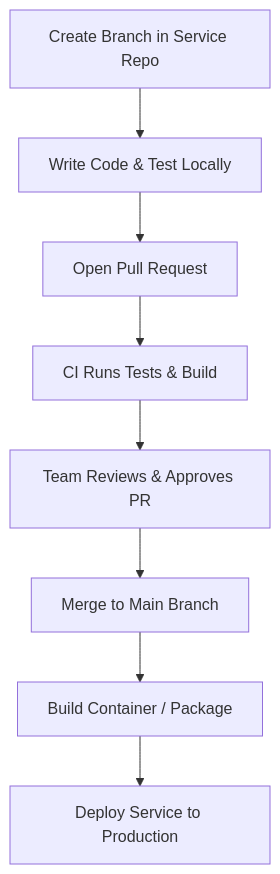
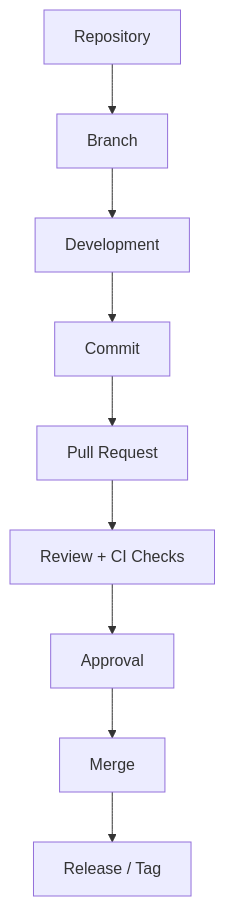
Before and after one commit to amrendra-25tech/new-code: the diagram in microrepo.md, drawn with Mermaid. The commit also changed other lines of this file, not shown here.

````diff
--- a/microrepo.md
+++ b/microrepo.md
@@ -83,10 +81,11 @@
 ```mermaid
 flowchart TD
-    A[Create Branch in Service Repo] --> B[Write Code & Test Locally]
-    B --> C[Open Pull Request]
-    C --> D[CI Runs Tests & Build]
-    D --> E[Team Reviews & Approves PR]
-    E --> F[Merge to Main Branch]
-    F --> G[Build Container / Package]
-    G --> H[Deploy Service to Production]
+    A[Repository] --> B[Branch]
+    B --> C[Development]
+    C --> D[Commit]
+    D --> E[Pull Request]
+    E --> F[Review + CI Checks]
+    F --> G[Approval]
+    G --> H[Merge]
+    H --> I[Release / Tag]
 ```
````
